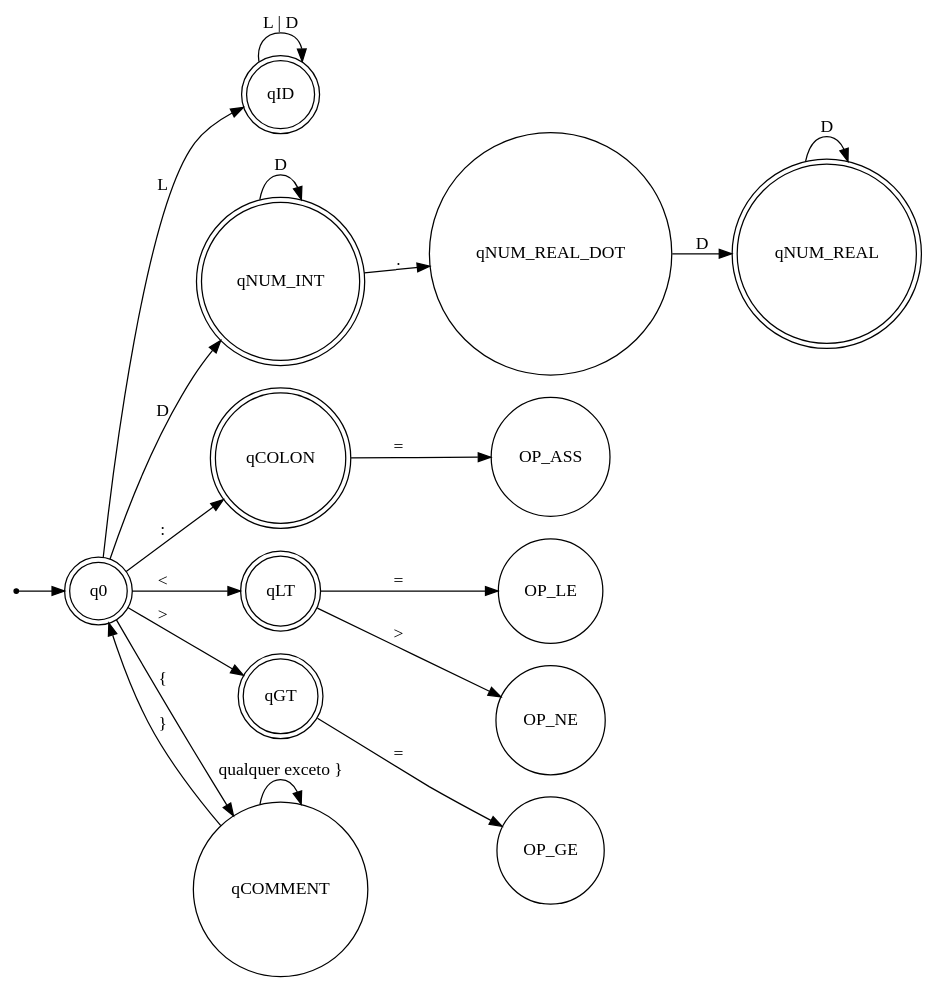
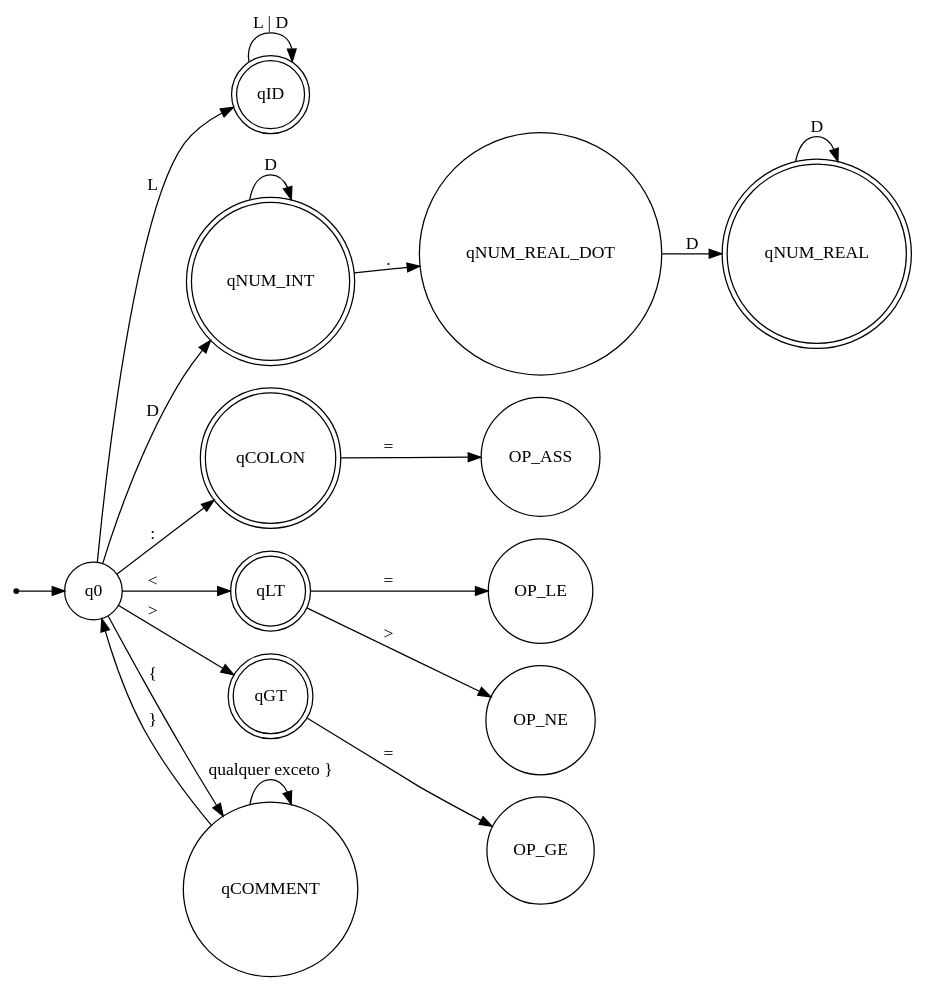
One commit to Henriquekr23/Automato_MicroPascal changed the diagram in afd_micropascal.dot. Above: the diagram before and after it, drawn with Graphviz. The commit also changed 8 other files, not shown here.

```diff
--- a/afd_micropascal.dot
+++ b/afd_micropascal.dot
@@ -1,48 +1,47 @@
 digraph AFD {
     rankdir=LR;
     node [shape = circle];
 
     // Estados Finais (círculos com borda dupla)
-    q0 [shape = doublecircle];
     qID [shape = doublecircle];
     qNUM_INT [shape = doublecircle];
     qNUM_REAL [shape = doublecircle];
     qCOLON [shape = doublecircle];
     qLT [shape = doublecircle];
     qGT [shape = doublecircle];
 
     // Estado inicial
     start [shape=point];
     start -> q0;
 
     // Identificador
     q0 -> qID [label="L"];
     qID -> qID [label="L | D"];
 
     // Número inteiro
     q0 -> qNUM_INT [label="D"];
     qNUM_INT -> qNUM_INT [label="D"];
     qNUM_INT -> qNUM_REAL_DOT [label="."];
 
     // Número real
     qNUM_REAL_DOT -> qNUM_REAL [label="D"];
     qNUM_REAL -> qNUM_REAL [label="D"];
 
     // Dois pontos
     q0 -> qCOLON [label=":"];
     qCOLON -> OP_ASS [label="="];
 
     // Menor (lowest)
     q0 -> qLT [label="<"];
     qLT -> OP_LE [label="="];
     qLT -> OP_NE [label=">"];
 
     // Maior (greater)
     q0 -> qGT [label=">"];
     qGT -> OP_GE [label="="];
 
     // Comentário
     q0 -> qCOMMENT [label="{"];
     qCOMMENT -> qCOMMENT [label="qualquer exceto }"];
     qCOMMENT -> q0 [label="}"];
 }
```
